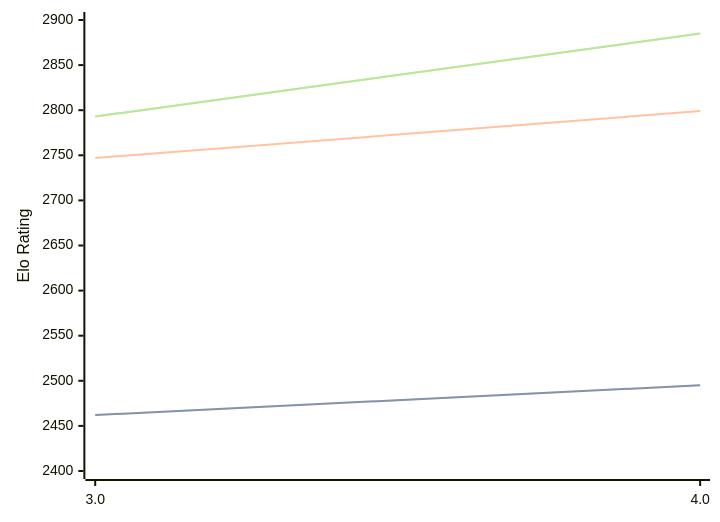
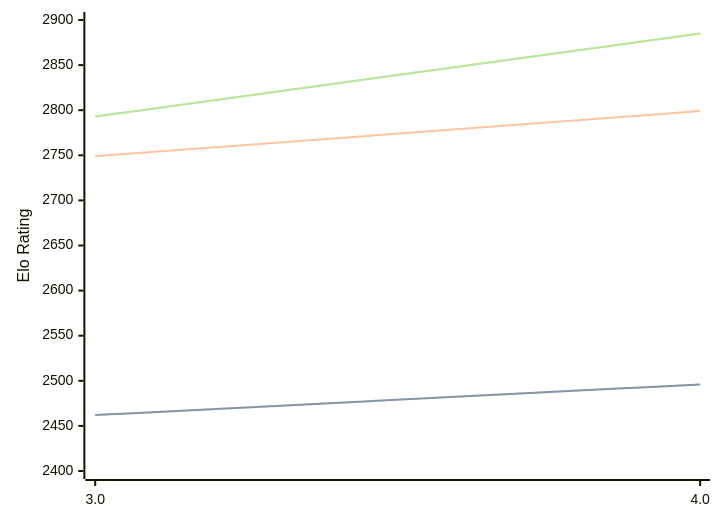
The diagram in engines/Chess3.md (computer-chess-index/cci), drawn with Mermaid before and after one commit. The commit also changed other lines of this file, not shown here.

````diff
--- a/engines/Chess3.md
+++ b/engines/Chess3.md
@@ -32,11 +32,11 @@
 ```mermaid
 %%{init: {"theme":"base","themeVariables":{"seriesColors:['#a3a3a3','#222221','#faa371']}}}%%
 xychart-beta
   x-axis ["3.0", "4.0"]
   y-axis "Elo Rating" 2400 --> 2900
-  line "STC (8.0+0.08s)" [2462, 2495]
-  line "STC (8.0+0.08s)" [2462, 2495]
-  line "LTC (60.0+0.60s)" [2747, 2799]
+  line "STC (8.0+0.08s)" [2462, 2496]
+  line "STC (8.0+0.08s)" [2462, 2496]
+  line "LTC (60.0+0.60s)" [2749, 2799]
   line "VLTC (2m24s+1.12s)" [2793, 2885]
   line "VLTC (2m24s+1.12s)" [2793, 2885]
 ```
````
